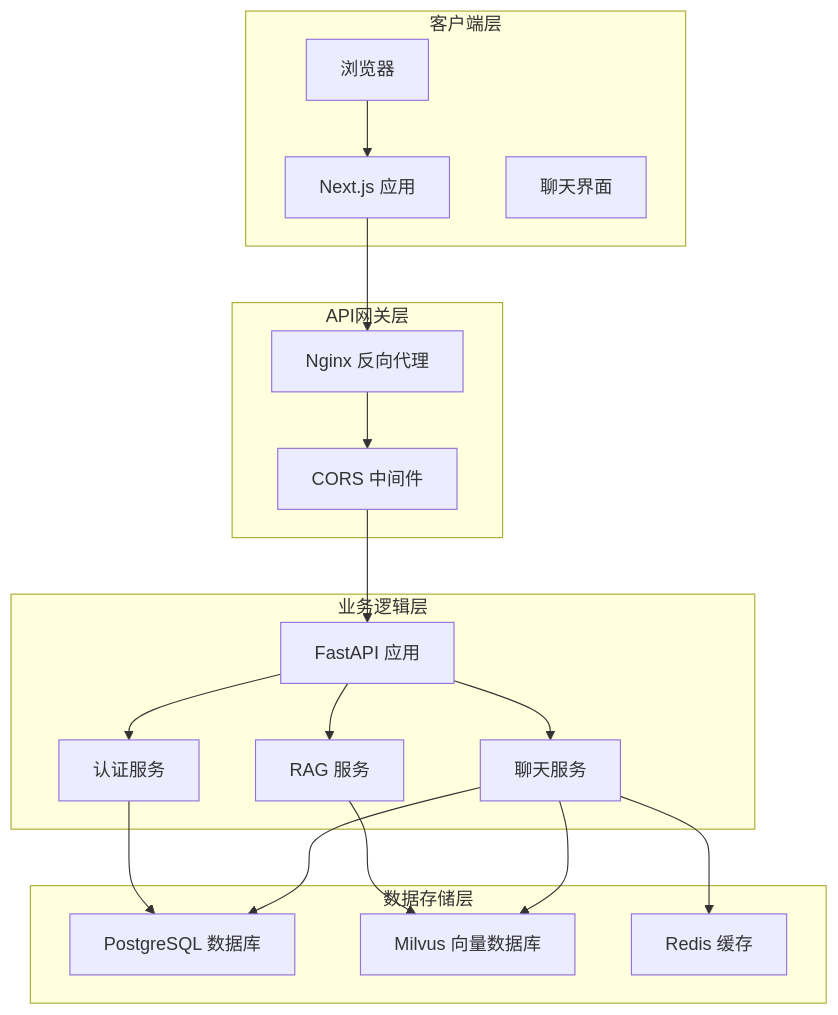
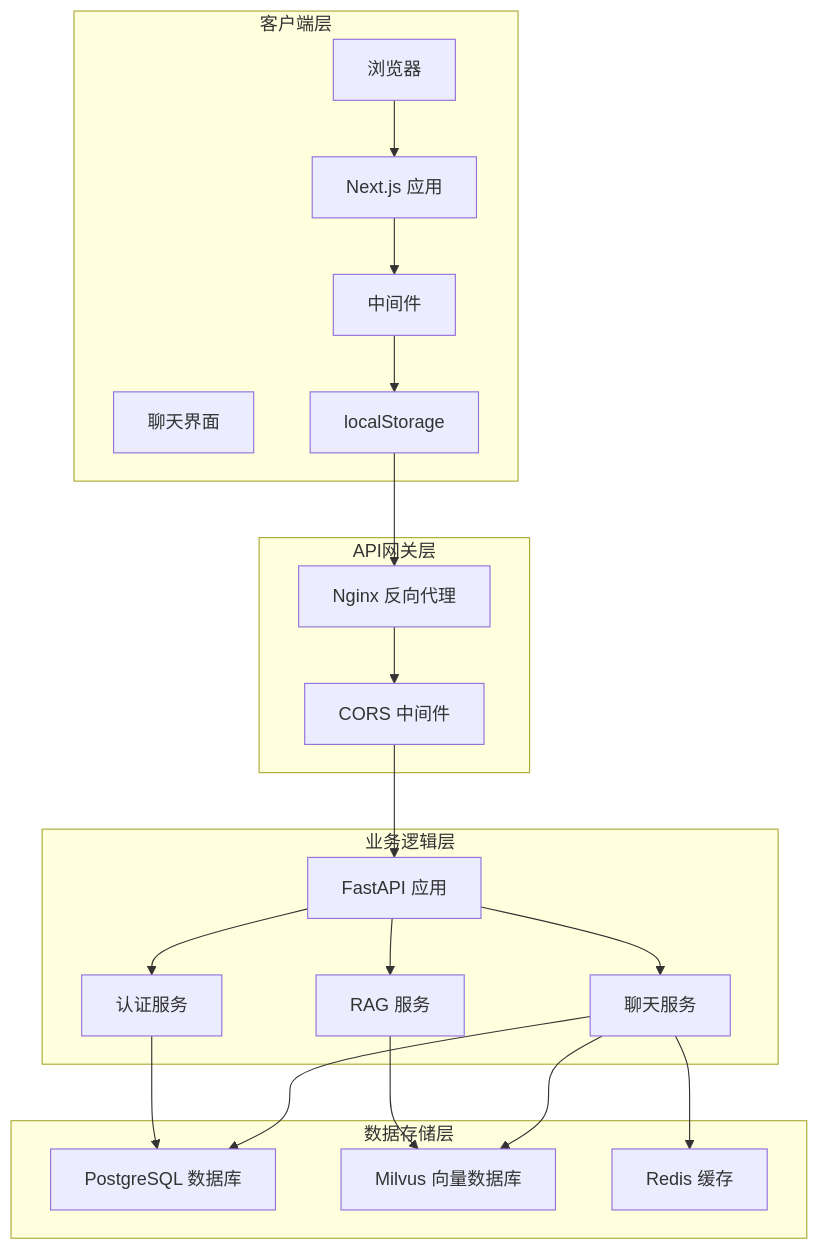
The fifth of 12 diagrams in .qoder/repowiki/zh/content/前端应用文档/AI聊天界面与对话交互.md (ghbbn053-ship-itsoulddog/soulddog), drawn with Mermaid before and after one commit. The commit also changed other lines of this file and 6 other files, not shown here.

````diff
--- a/.qoder/repowiki/zh/content/前端应用文档/AI聊天界面与对话交互.md
+++ b/.qoder/repowiki/zh/content/前端应用文档/AI聊天界面与对话交互.md
@@ -184,35 +236,39 @@
 ```mermaid
 graph TB
 subgraph "客户端层"
 A[浏览器]
 B[Next.js 应用]
 C[聊天界面]
+D[中间件]
+E[localStorage]
 end
 subgraph "API网关层"
-D[Nginx 反向代理]
-E[CORS 中间件]
+F[Nginx 反向代理]
+G[CORS 中间件]
 end
 subgraph "业务逻辑层"
-F[FastAPI 应用]
-G[聊天服务]
-H[认证服务]
-I[RAG 服务]
+H[FastAPI 应用]
+I[聊天服务]
+J[认证服务]
+K[RAG 服务]
 end
 subgraph "数据存储层"
-J[PostgreSQL 数据库]
-K[Milvus 向量数据库]
-L[Redis 缓存]
+L[PostgreSQL 数据库]
+M[Milvus 向量数据库]
+N[Redis 缓存]
 end
 A --> B
 B --> D
 D --> E
 E --> F
 F --> G
-F --> H
-F --> I
-G --> J
-G --> K
-G --> L
+G --> H
+H --> I
 H --> J
-I --> K
+H --> K
+I --> L
+I --> M
+I --> N
+J --> L
+K --> M
 ```
````
